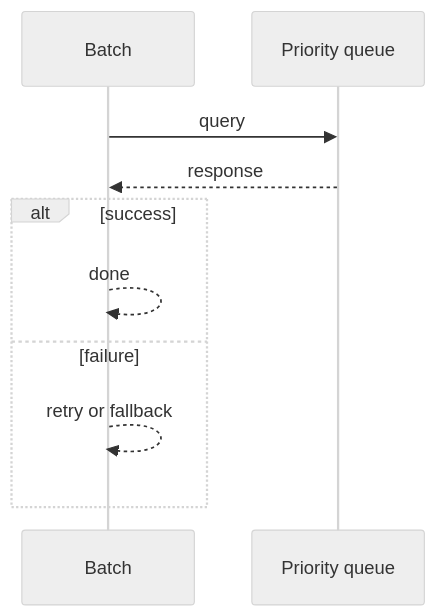
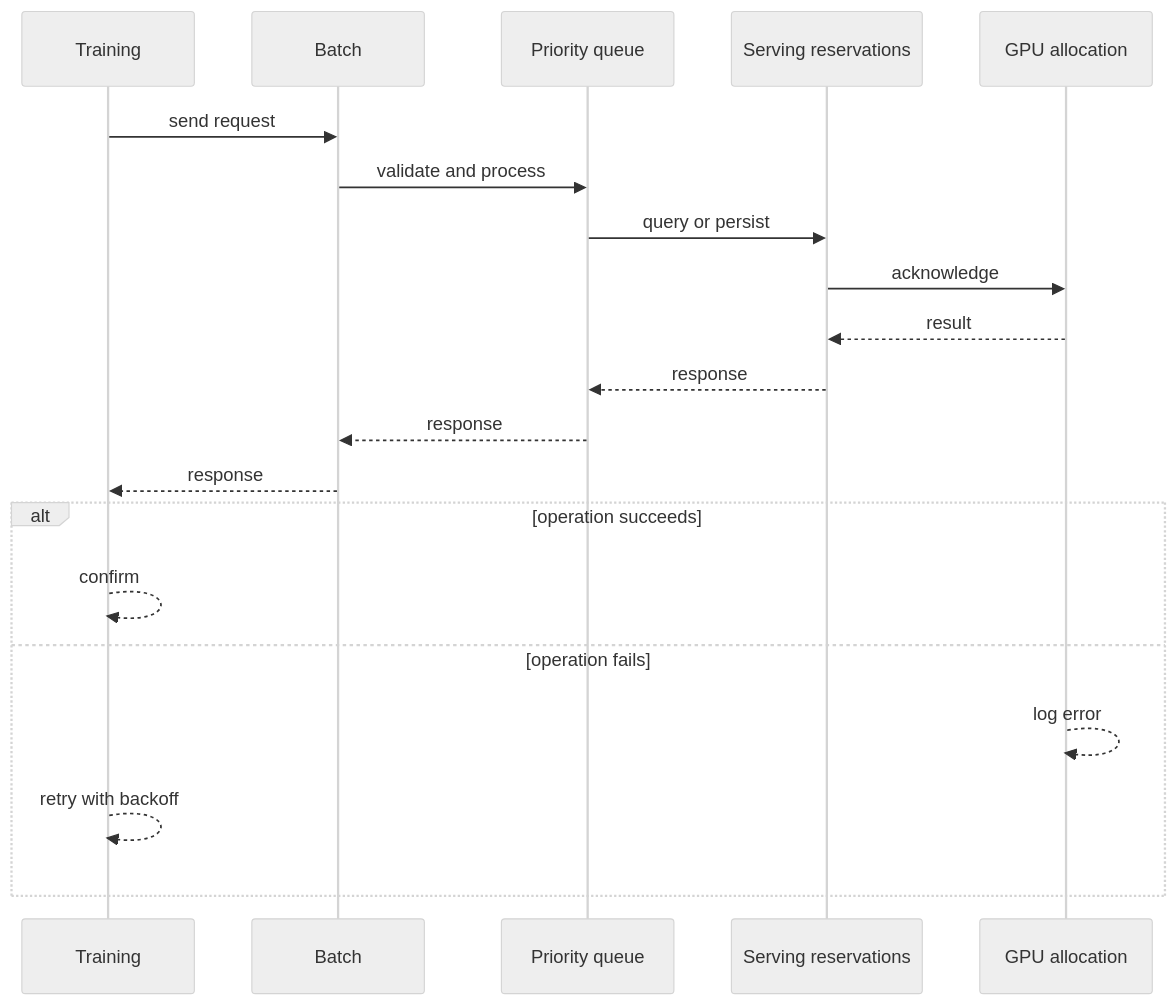
One commit to RIT-MESH/system-design-mastery changed the second of 4 diagrams in case-studies/ai-systems/gpu-workload-scheduler.md. Above: the diagram before and after it, drawn with Mermaid (neutral theme). The commit also changed other lines of this file and 64 other files, not shown here.

````diff
--- a/case-studies/ai-systems/gpu-workload-scheduler.md
+++ b/case-studies/ai-systems/gpu-workload-scheduler.md
@@ -79,13 +67,23 @@
 ```mermaid
 %% created-for: system-design-mastery
 sequenceDiagram
-  participant P0 as Batch
-  participant P1 as Priority queue
-  P0 ->> P1: query
-  P1 -->> P0: response
-  alt success
-    P0 -->> P0: done
-  else failure
-    P0 -->> P0: retry or fallback
+  participant C0 as Training
+  participant C1 as Batch
+  participant C2 as Priority queue
+  participant C3 as Serving reservations
+  participant C4 as GPU allocation
+  C0 ->> C1: send request
+  C1 ->> C2: validate and process
+  C2 ->> C3: query or persist
+  C3 ->> C4: acknowledge
+  C4 -->> C3: result
+  C3 -->> C2: response
+  C2 -->> C1: response
+  C1 -->> C0: response
+  alt operation succeeds
+    C0 -->> C0: confirm
+  else operation fails
+    C4 -->> C4: log error
+    C0 -->> C0: retry with backoff
   end
 ```
````
